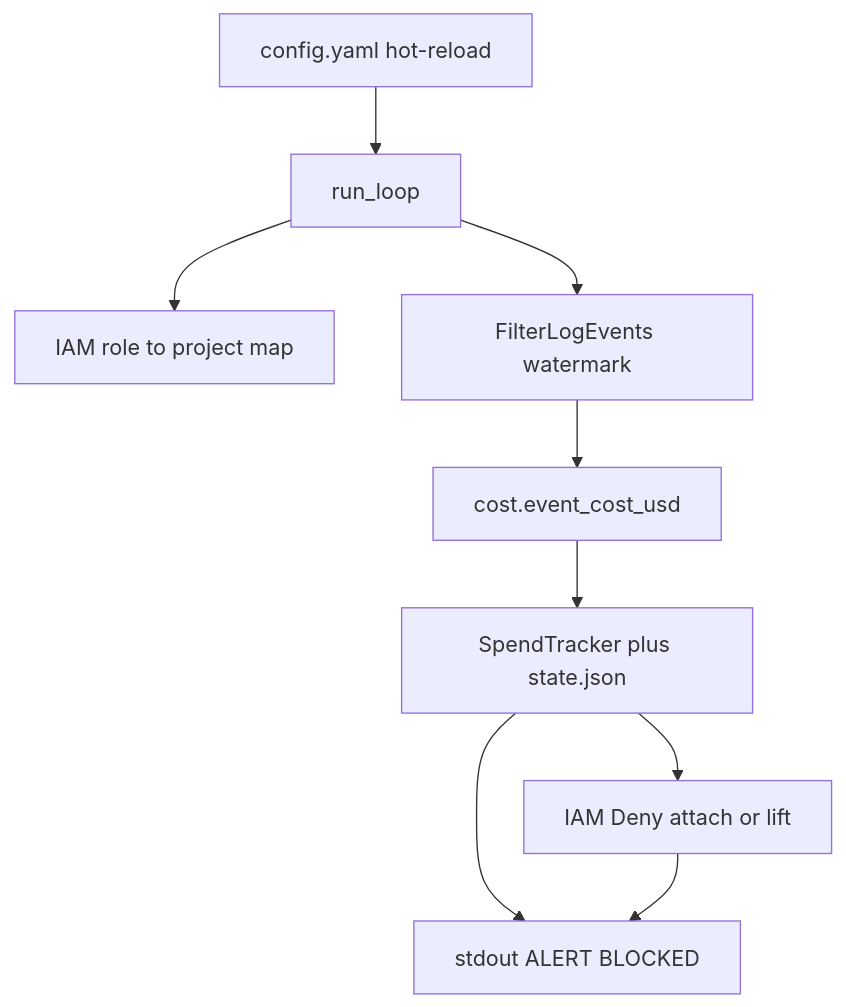
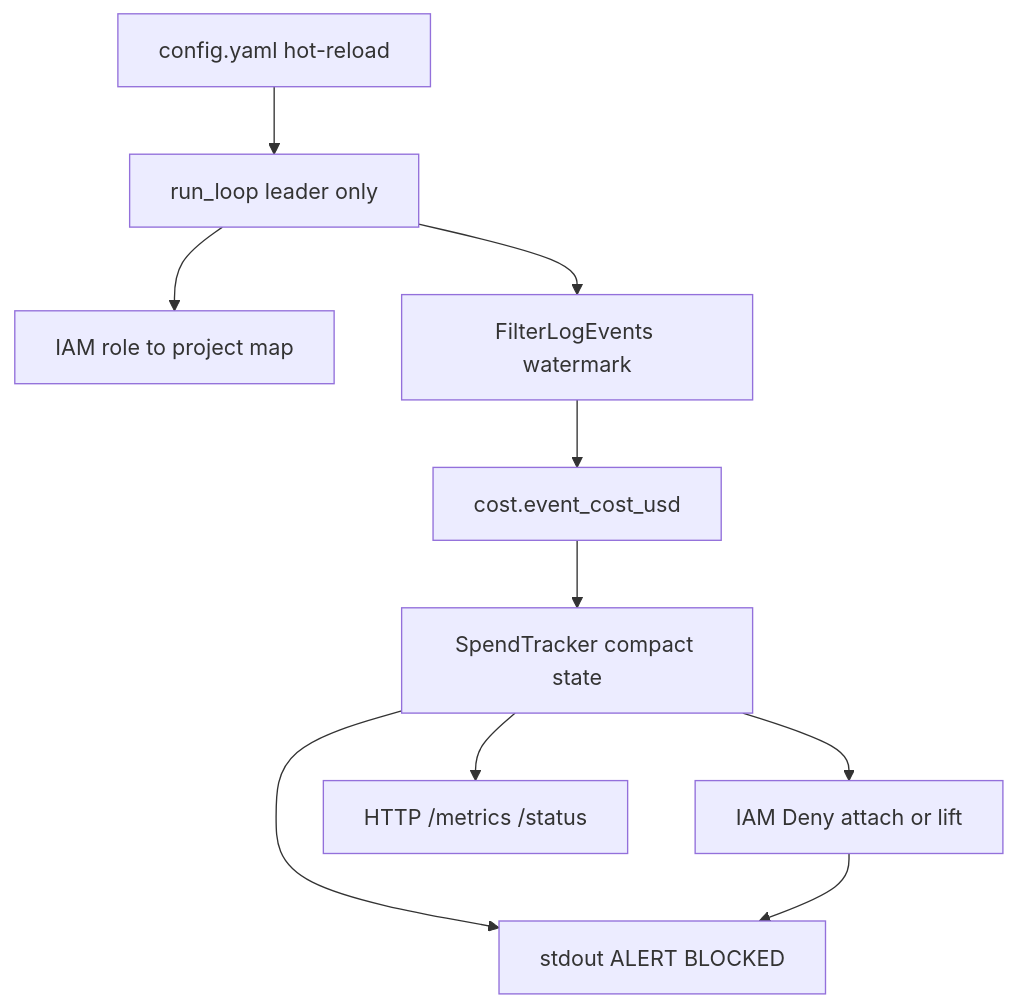
One commit to mishka-g/Bedrock-Budget-Guard changed the diagram in DESIGN.md. Above: the diagram before and after it, drawn with Mermaid. The commit also changed other lines of this file and 29 other files, not shown here.

First line of the commit message:
Add Kubernetes HA, Prometheus metrics, and compact ConfigMap state.

````diff
--- a/DESIGN.md
+++ b/DESIGN.md
@@ -34,19 +34,21 @@
 ```mermaid
 flowchart TD
   config[config.yaml hot-reload]
-  loop[run_loop]
+  loop[run_loop leader only]
   roles[IAM role to project map]
   logs[FilterLogEvents watermark]
   cost[cost.event_cost_usd]
-  tracker[SpendTracker plus state.json]
+  tracker[SpendTracker compact state]
   enforce[IAM Deny attach or lift]
   alert[stdout ALERT BLOCKED]
+  http["HTTP /metrics /status"]
 
   config --> loop
   loop --> roles
   loop --> logs
   logs --> cost --> tracker
   tracker --> enforce
   tracker --> alert
+  tracker --> http
   enforce --> alert
 ```
````
